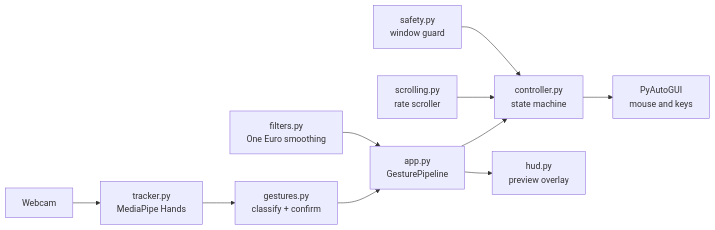
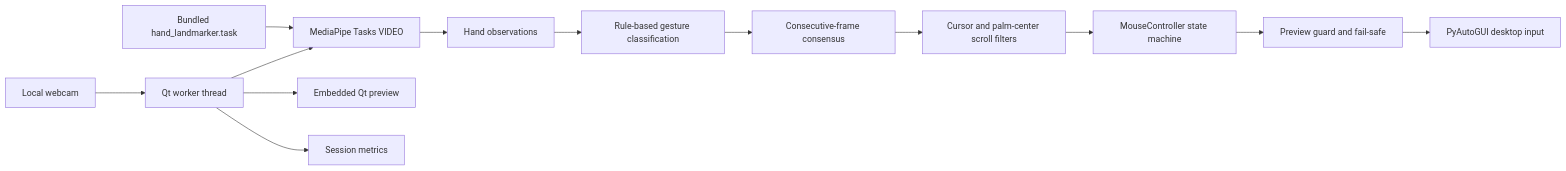
One commit to VarshVishwakarma/NoMouse changed the diagram in README.md. Above: the diagram before and after it, drawn with Mermaid. The commit also changed other lines of this file and 33 other files, not shown here.

Commit message:
Build NoMouse desktop application

````diff
--- a/README.md
+++ b/README.md
@@ -152,12 +69,15 @@
 ```mermaid
 flowchart LR
-    cam[Webcam] --> trk[tracker.py<br/>MediaPipe Hands]
-    trk --> cls[gestures.py<br/>classify + confirm]
-    cls --> pipe[app.py<br/>GesturePipeline]
-    flt[filters.py<br/>One Euro smoothing] --> pipe
-    pipe --> ctl[controller.py<br/>state machine]
-    scr[scrolling.py<br/>rate scroller] --> ctl
-    saf[safety.py<br/>window guard] --> ctl
-    ctl --> os[PyAutoGUI<br/>mouse and keys]
-    pipe --> hud[hud.py<br/>preview overlay]
+    cam[Local webcam] --> worker[Qt worker thread]
+    worker --> mp[MediaPipe Tasks VIDEO]
+    model[Bundled hand_landmarker.task] --> mp
+    mp --> obs[Hand observations]
+    obs --> classify[Rule-based gesture classification]
+    classify --> consensus[Consecutive-frame consensus]
+    consensus --> filter[Cursor and palm-center scroll filters]
+    filter --> control[MouseController state machine]
+    control --> safety[Preview guard and fail-safe]
+    safety --> os[PyAutoGUI desktop input]
+    worker --> preview[Embedded Qt preview]
+    worker --> metrics[Session metrics]
 ```
````
